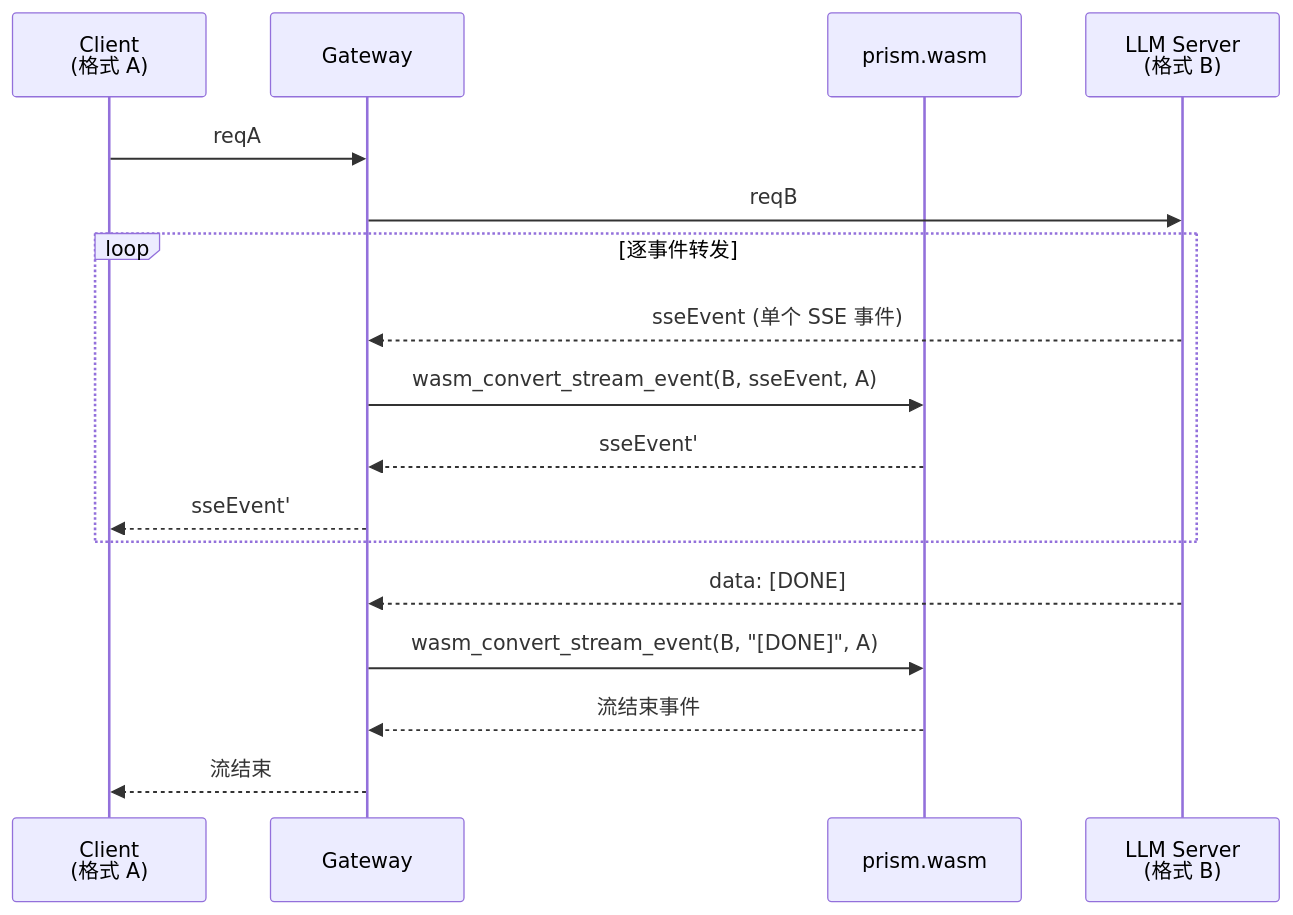
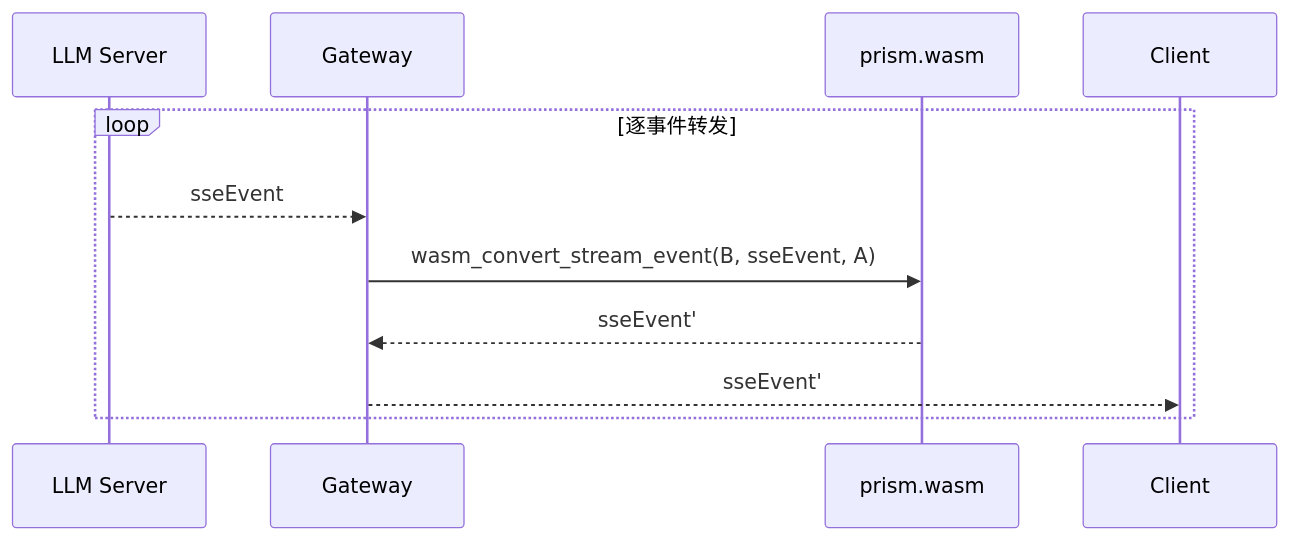
One commit to morning-start/prism changed the second of 2 diagrams in skills/prism-wasm-skill/SKILL.md. Above: the diagram before and after it, drawn with Mermaid. The commit also changed other lines of this file, not shown here.

First line of the commit message:
docs(prism-wasm-skill): 更新并完善 WASM 集成指南文档

````diff
--- a/skills/prism-wasm-skill/SKILL.md
+++ b/skills/prism-wasm-skill/SKILL.md
@@ -61,22 +97,14 @@
 ```mermaid
 sequenceDiagram
-    participant C as Client<br/>(格式 A)
+    participant S as LLM Server
     participant G as Gateway
     participant P as prism.wasm
-    participant S as LLM Server<br/>(格式 B)
-
-    C->>G: reqA
-    G->>S: reqB
+    participant C as Client
 
     loop 逐事件转发
-        S-->>G: sseEvent (单个 SSE 事件)
+        S-->>G: sseEvent
         G->>P: wasm_convert_stream_event(B, sseEvent, A)
         P-->>G: sseEvent'
         G-->>C: sseEvent'
     end
-
-    S-->>G: data: [DONE]
-    G->>P: wasm_convert_stream_event(B, "[DONE]", A)
-    P-->>G: 流结束事件
-    G-->>C: 流结束
 ```
````
